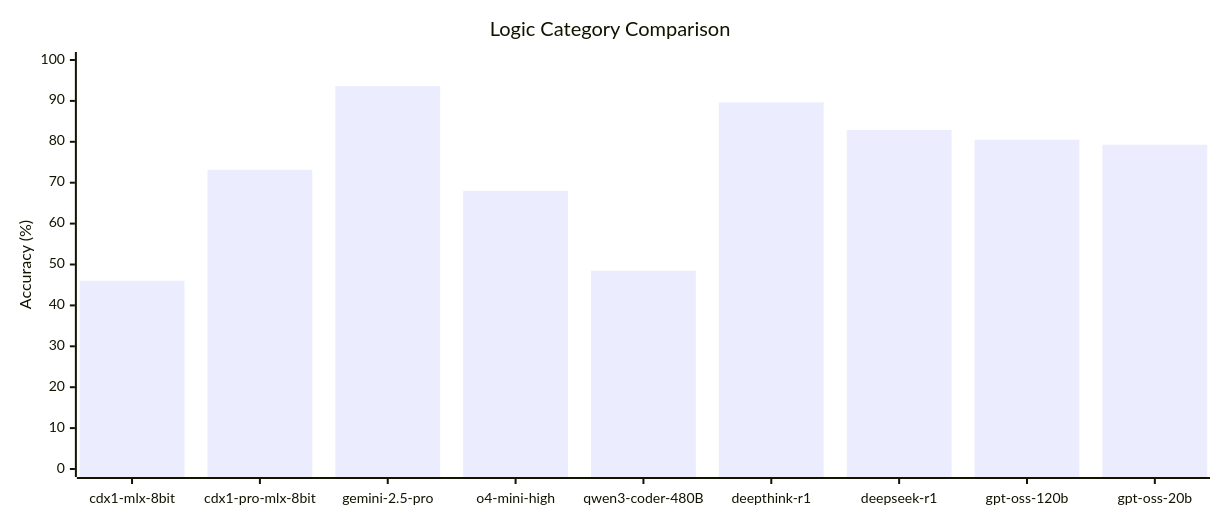
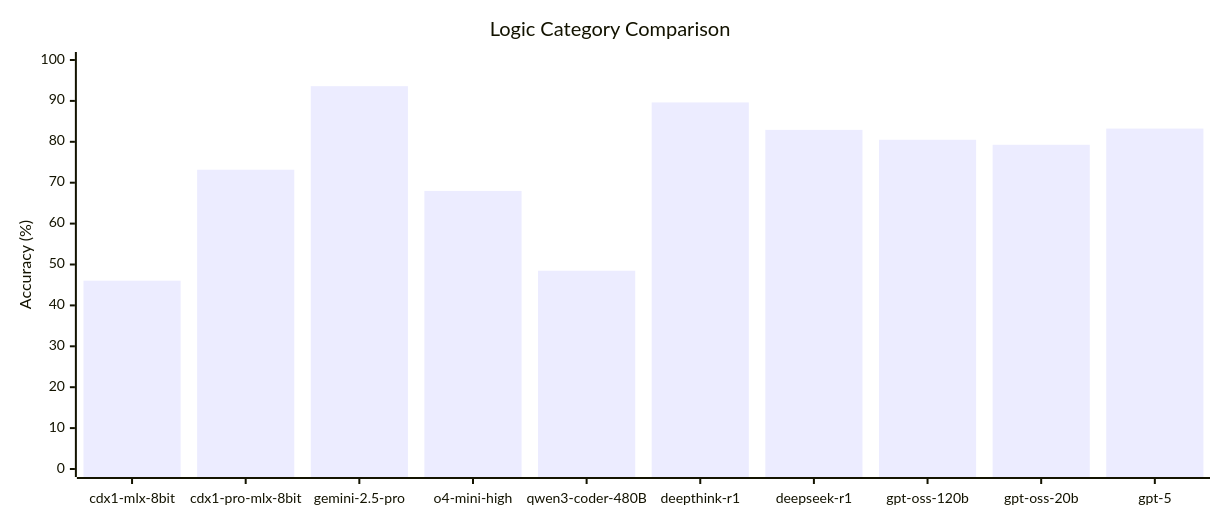
Before and after one commit to CycloneDX/cdxgen: the first of 2 diagrams in contrib/xBOMEval/results/README.md, drawn with Mermaid. The commit also changed other lines of this file and 4 other files, not shown here.

````diff
--- a/contrib/xBOMEval/results/README.md
+++ b/contrib/xBOMEval/results/README.md
@@ -9,13 +22,13 @@
 ```mermaid
 ---
 config:
   xyChart:
     width: 1200
 ---
 %%{init: {'theme': 'default'}}%%
 xychart-beta
     title "Logic Category Comparison"
-    x-axis [cdx1-mlx-8bit, cdx1-pro-mlx-8bit, gemini-2.5-pro, o4-mini-high, qwen3-coder-480B, deepthink-r1, deepseek-r1, gpt-oss-120b, gpt-oss-20b]
+    x-axis [cdx1-mlx-8bit, cdx1-pro-mlx-8bit, gemini-2.5-pro, o4-mini-high, qwen3-coder-480B, deepthink-r1, deepseek-r1, gpt-oss-120b, gpt-oss-20b, gpt-5]
     y-axis "Accuracy (%)" 0 --> 100
-    bar [46.04, 73.17, 93.6, 67.99, 48.48, 89.63, 82.92, 80.49, 79.27]
+    bar [46.04, 73.17, 93.6, 67.99, 48.48, 89.63, 82.92, 80.49, 79.27, 83.23]
 ```
````
